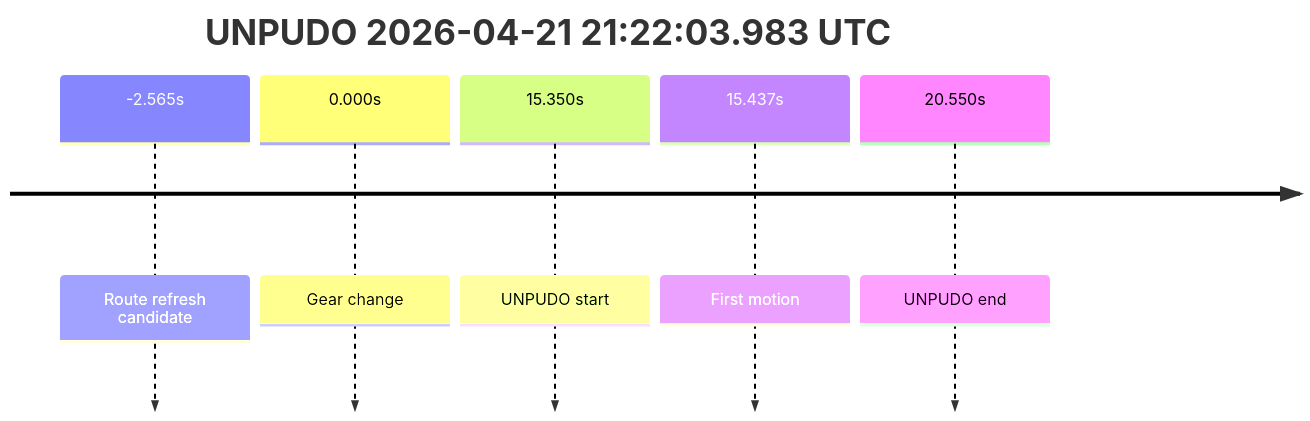
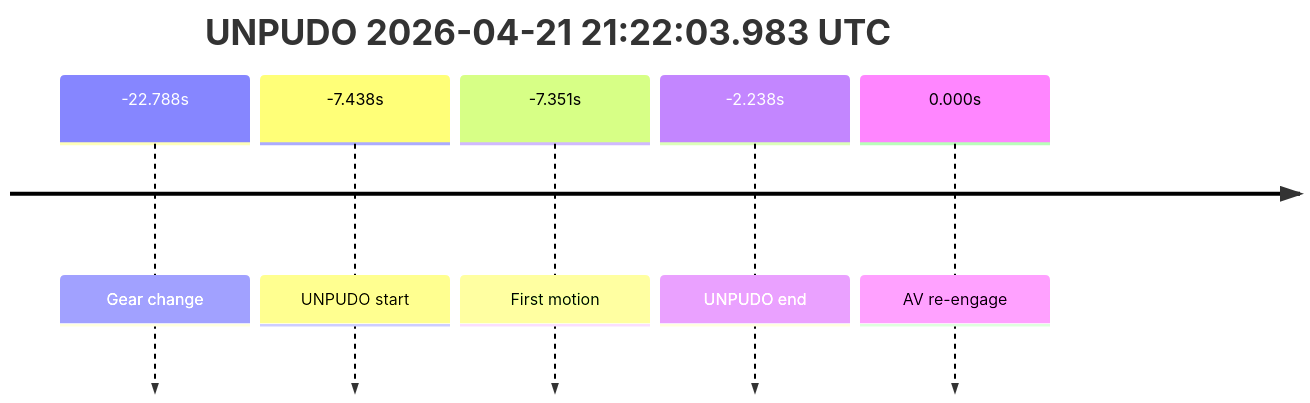
One commit to yoelshapiro/vault changed the second of 5 diagrams in model_analysis/report_cards/2026/04/Week-4/fme20009--2026-04-21--20-53-31--gen2-av-c485ff0d-599e-495f-bee7-17c4a854ab52.md. Above: the diagram before and after it, drawn with Mermaid. The commit also changed other lines of this file and 1 other file, not shown here.

````diff
--- a/model_analysis/report_cards/2026/04/Week-4/fme20009--2026-04-21--20-53-31--gen2-av-c485ff0d-599e-495f-bee7-17c4a854ab52.md
+++ b/model_analysis/report_cards/2026/04/Week-4/fme20009--2026-04-21--20-53-31--gen2-av-c485ff0d-599e-495f-bee7-17c4a854ab52.md
@@ -94,9 +93,9 @@
 ```mermaid
 timeline
     title UNPUDO 2026-04-21 21:22:03.983 UTC
-    -2.565s : Route refresh candidate
-    0.000s : Gear change
-    15.350s : UNPUDO start
-    15.437s : First motion
-    20.550s : UNPUDO end
+    -22.788s : Gear change
+    -7.438s : UNPUDO start
+    -7.351s : First motion
+    -2.238s : UNPUDO end
+    0.000s : AV re-engage
 ```
````
